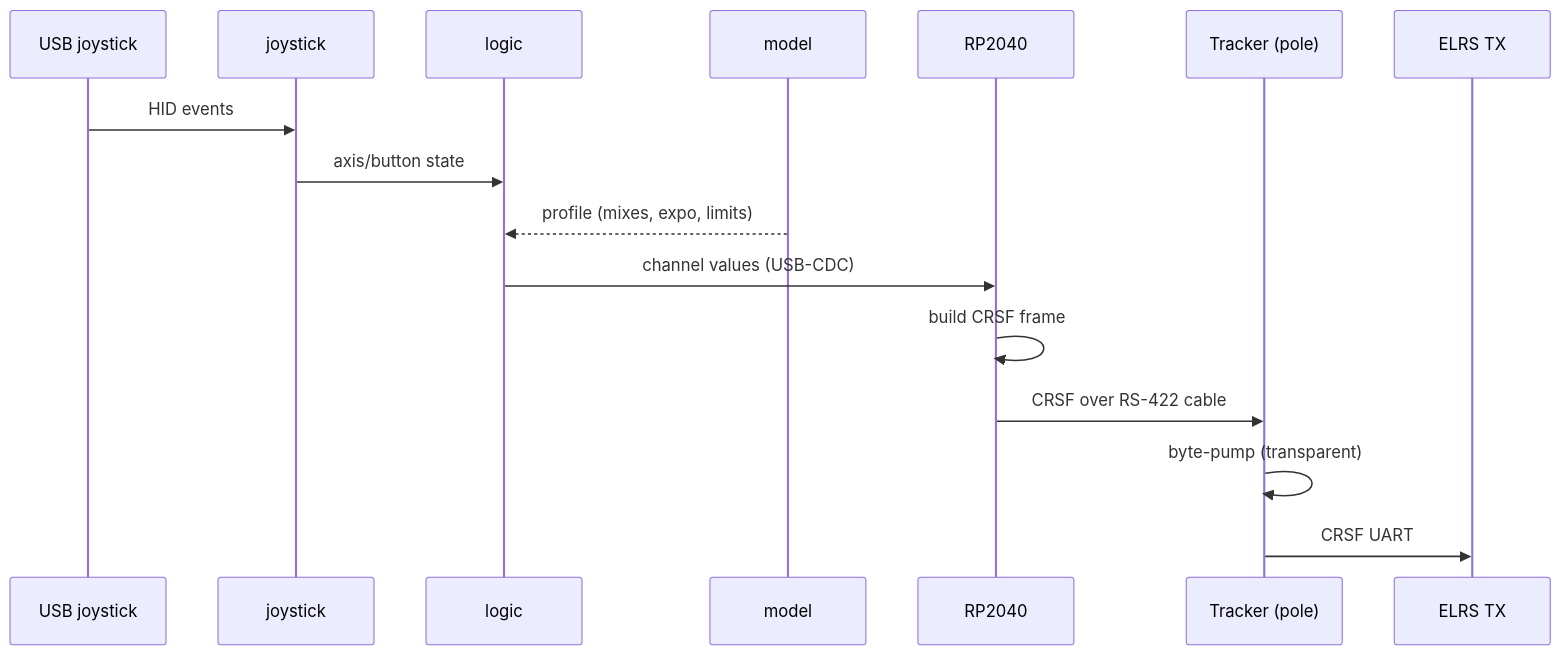
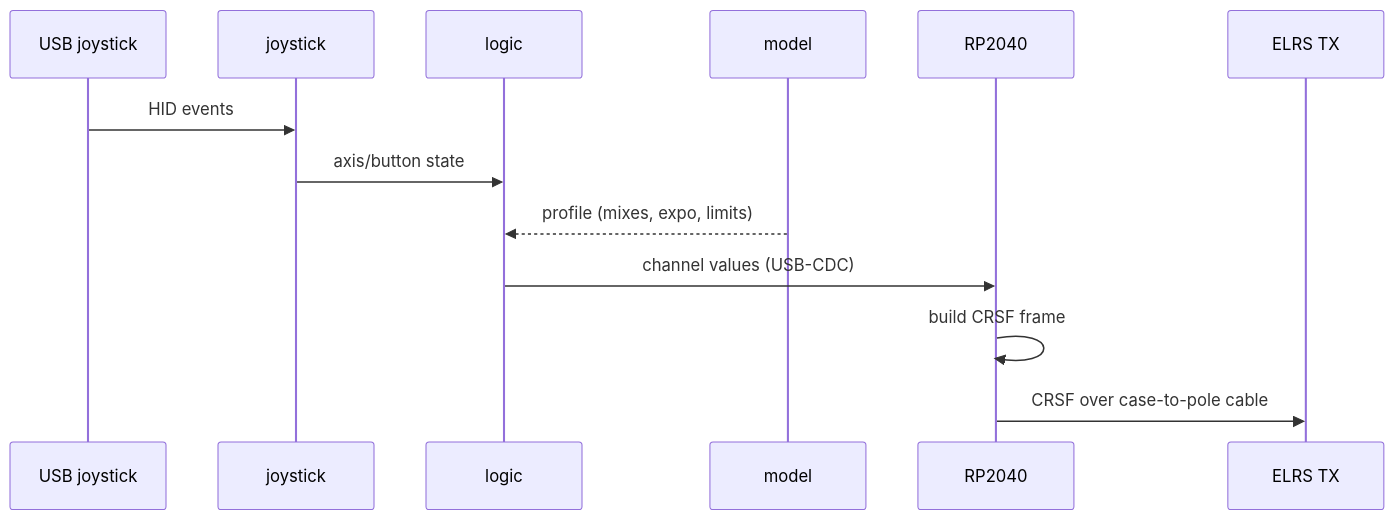
One commit to agoliveira/zerotx changed the third of 4 diagrams in docs/ARCHITECTURE.md. Above: the diagram before and after it, drawn with Mermaid. The commit also changed other lines of this file and 5 other files, not shown here.

````diff
--- a/docs/ARCHITECTURE.md
+++ b/docs/ARCHITECTURE.md
@@ -146,19 +141,16 @@
 ```mermaid
 sequenceDiagram
     participant STK as USB joystick
     participant JS as joystick
     participant LOG as logic
     participant MDL as model
     participant RP as RP2040
-    participant TRK as Tracker (pole)
     participant ELRS as ELRS TX
 
     STK->>JS: HID events
     JS->>LOG: axis/button state
     MDL-->>LOG: profile (mixes, expo, limits)
     LOG->>RP: channel values (USB-CDC)
     RP->>RP: build CRSF frame
-    RP->>TRK: CRSF over RS-422 cable
-    TRK->>TRK: byte-pump (transparent)
-    TRK->>ELRS: CRSF UART
+    RP->>ELRS: CRSF over case-to-pole cable
 ```
````
